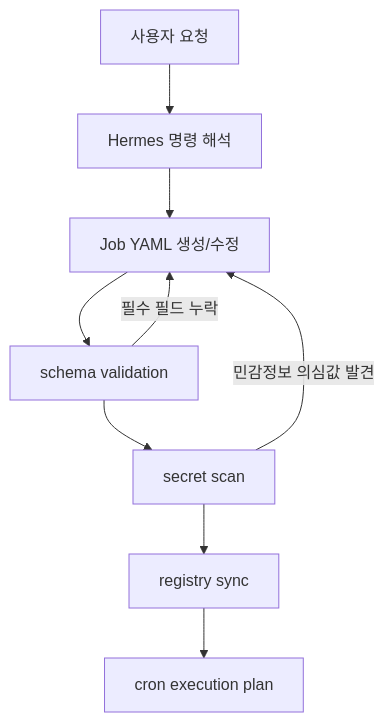
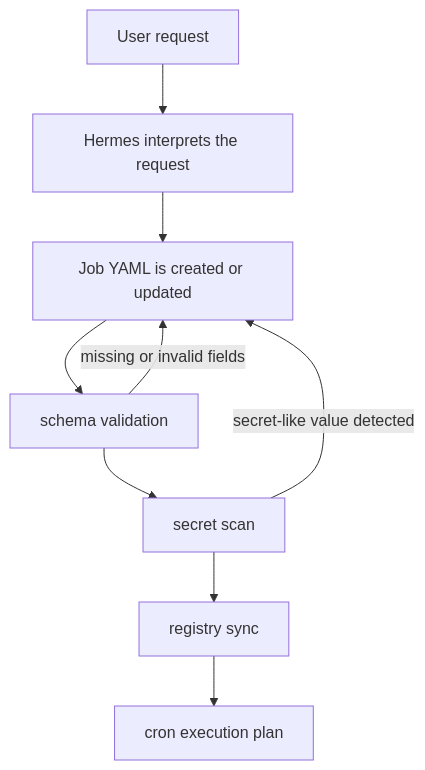
One commit to KitchenGun/personal-hermes-agent changed the diagram in README.md. Above: the diagram before and after it, drawn with Mermaid. The commit also changed other lines of this file, not shown here.

````diff
--- a/README.md
+++ b/README.md
@@ -78,12 +131,12 @@
 ```mermaid
 flowchart TD
-    A[사용자 요청] --> B[Hermes 명령 해석]
-    B --> C[Job YAML 생성/수정]
+    A[User request] --> B[Hermes interprets the request]
+    B --> C[Job YAML is created or updated]
     C --> D[schema validation]
     D --> E[secret scan]
     E --> F[registry sync]
     F --> G[cron execution plan]
 
-    D -->|필수 필드 누락| C
-    E -->|민감정보 의심값 발견| C
+    D -->|missing or invalid fields| C
+    E -->|secret-like value detected| C
 ```
````
